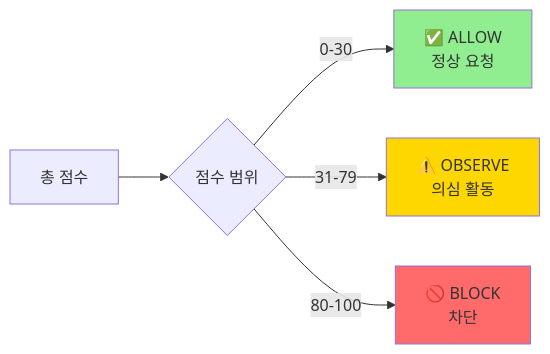
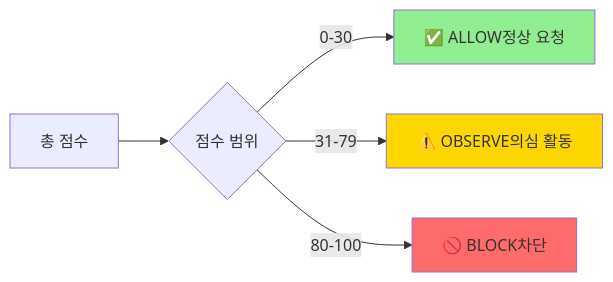
One commit to BrianChanLEE/jwt-waf changed the second of 7 diagrams in docs/RULES.md. Above: the diagram before and after it, drawn with Mermaid. The commit also changed other lines of this file and 3 other files, not shown here.

````diff
--- a/docs/RULES.md
+++ b/docs/RULES.md
@@ -31,11 +31,11 @@
 ```mermaid
 graph LR
     A[총 점수] --> B{점수 범위}
-    B -->|0-30| C[✅ ALLOW<br/>정상 요청]
-    B -->|31-79| D[⚠️ OBSERVE<br/>의심 활동]
-    B -->|80-100| E[🚫 BLOCK<br/>차단]
+    B -->|0-30| C[✅ ALLOW정상 요청]
+    B -->|31-79| D[⚠️ OBSERVE의심 활동]
+    B -->|80-100| E[🚫 BLOCK차단]
     
     style C fill:#90EE90
     style D fill:#FFD700
     style E fill:#FF6B6B
 ```
````
